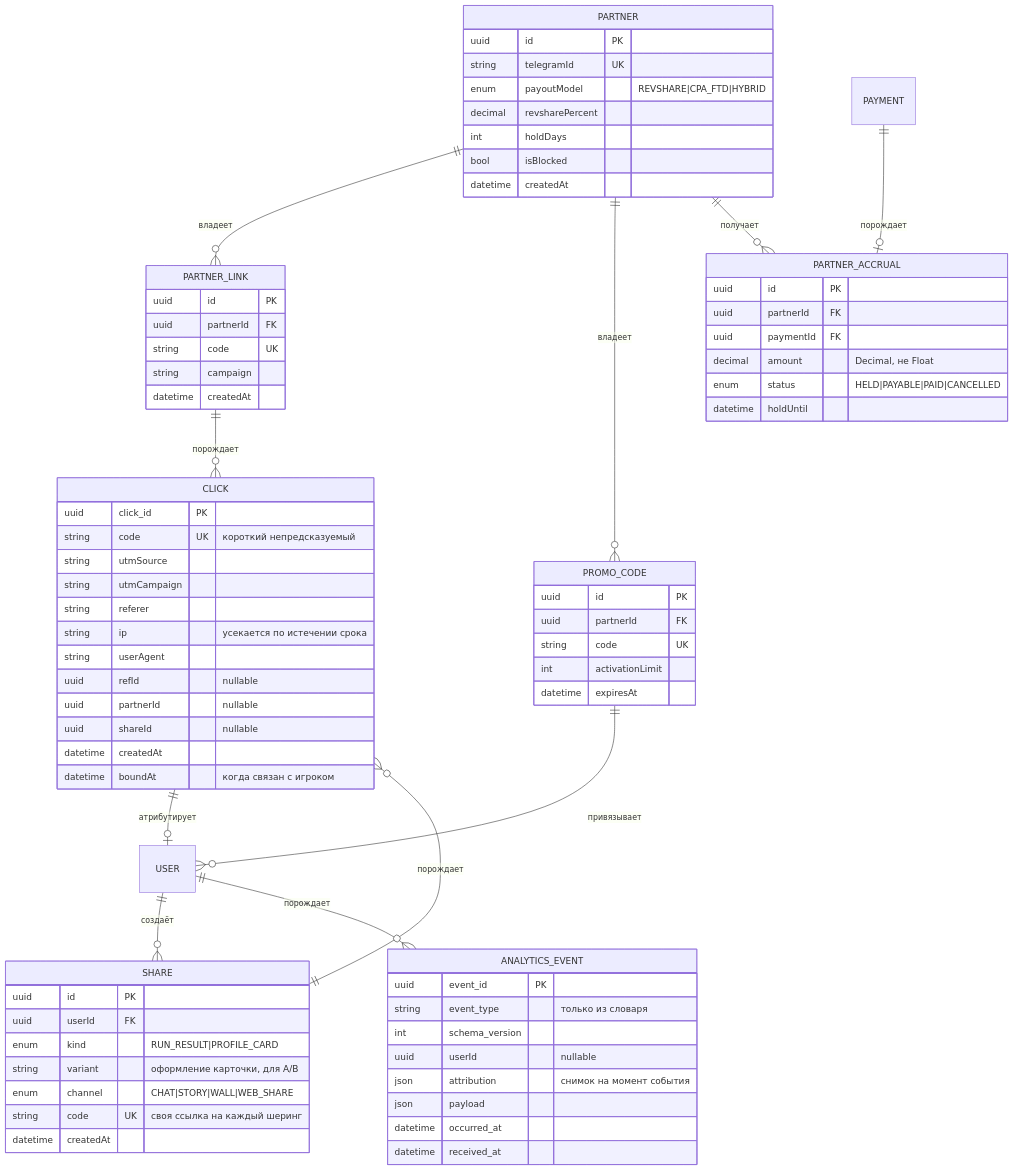
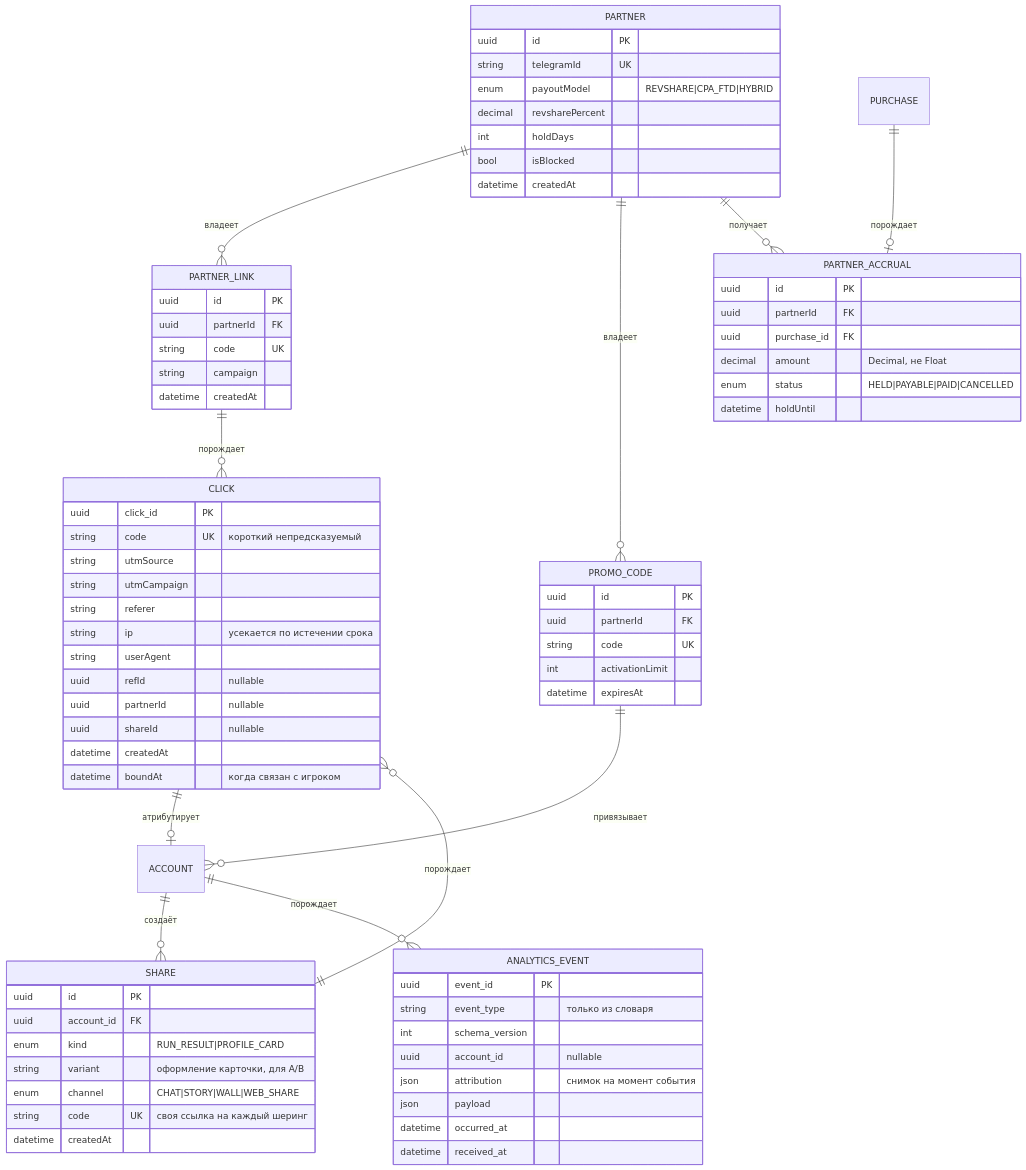
One commit to JJSGxKD/rubezh changed the third of 22 diagrams in docs/21-diagrams.md. Above: the diagram before and after it, drawn with Mermaid. The commit also changed other lines of this file, not shown here.

````diff
--- a/docs/21-diagrams.md
+++ b/docs/21-diagrams.md
@@ -350,15 +327,15 @@
 ```mermaid
 erDiagram
-    CLICK ||--o| USER : "атрибутирует"
+    CLICK ||--o| ACCOUNT : "атрибутирует"
     PARTNER ||--o{ PARTNER_LINK : "владеет"
     PARTNER ||--o{ PROMO_CODE : "владеет"
     PARTNER_LINK ||--o{ CLICK : "порождает"
-    PROMO_CODE ||--o{ USER : "привязывает"
+    PROMO_CODE ||--o{ ACCOUNT : "привязывает"
     PARTNER ||--o{ PARTNER_ACCRUAL : "получает"
-    PAYMENT ||--o| PARTNER_ACCRUAL : "порождает"
-    USER ||--o{ SHARE : "создаёт"
+    PURCHASE ||--o| PARTNER_ACCRUAL : "порождает"
+    ACCOUNT ||--o{ SHARE : "создаёт"
     SHARE ||--o{ CLICK : "порождает"
-    USER ||--o{ ANALYTICS_EVENT : "порождает"
+    ACCOUNT ||--o{ ANALYTICS_EVENT : "порождает"
 
     CLICK {
         uuid click_id PK
@@ -404,7 +381,7 @@
     PARTNER_ACCRUAL {
         uuid id PK
         uuid partnerId FK
-        uuid paymentId FK
+        uuid purchase_id FK
         decimal amount "Decimal, не Float"
         enum status "HELD|PAYABLE|PAID|CANCELLED"
         datetime holdUntil
@@ -412,7 +389,7 @@
 
     SHARE {
         uuid id PK
-        uuid userId FK
+        uuid account_id FK
         enum kind "RUN_RESULT|PROFILE_CARD"
         string variant "оформление карточки, для A/B"
         enum channel "CHAT|STORY|WALL|WEB_SHARE"
@@ -424,7 +401,7 @@
         uuid event_id PK
         string event_type "только из словаря"
         int schema_version
-        uuid userId "nullable"
+        uuid account_id "nullable"
         json attribution "снимок на момент события"
         json payload
         datetime occurred_at
````
